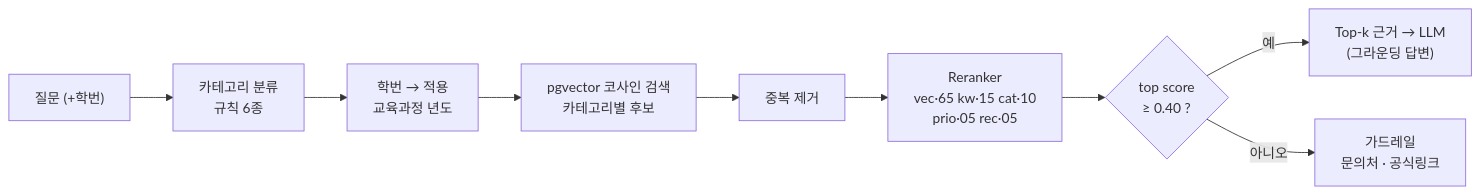
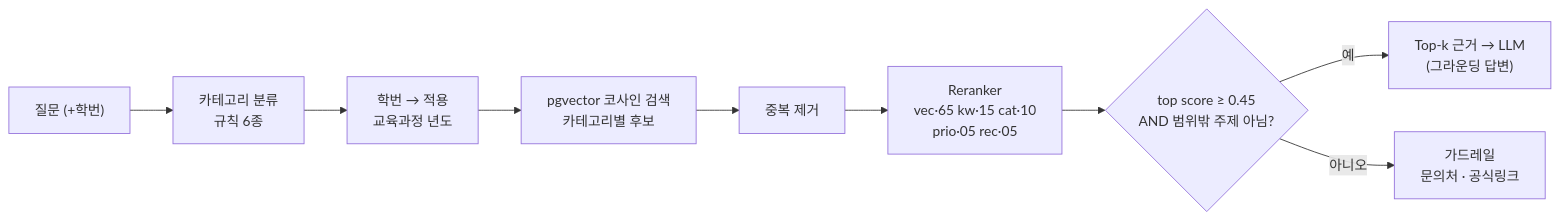
The third of 4 diagrams in docs/architecture.md (woojinwoojin/AI_Agent_Project), drawn with Mermaid before and after one commit. The commit also changed other lines of this file and 2 other files, not shown here.

First line of the commit message:
docs: 최근 병합 반영해 README·ADR·architecture 최신화

````diff
--- a/docs/architecture.md
+++ b/docs/architecture.md
@@ -58,11 +63,11 @@
 ```mermaid
 flowchart LR
   Q["질문 (+학번)"] --> CAT["카테고리 분류<br/>규칙 6종"]
   CAT --> YR["학번 → 적용<br/>교육과정 년도"]
   YR --> VEC["pgvector 코사인 검색<br/>카테고리별 후보"]
   VEC --> DD["중복 제거"]
   DD --> RR["Reranker<br/>vec·65 kw·15 cat·10<br/>prio·05 rec·05"]
-  RR --> GATE{"top score<br/>&ge; 0.40 ?"}
+  RR --> GATE{"top score &ge; 0.45<br/>AND 범위밖 주제 아님?"}
   GATE -->|예| CTX["Top-k 근거 → LLM<br/>(그라운딩 답변)"]
   GATE -->|아니오| GD["가드레일<br/>문의처 · 공식링크"]
 ```
````
